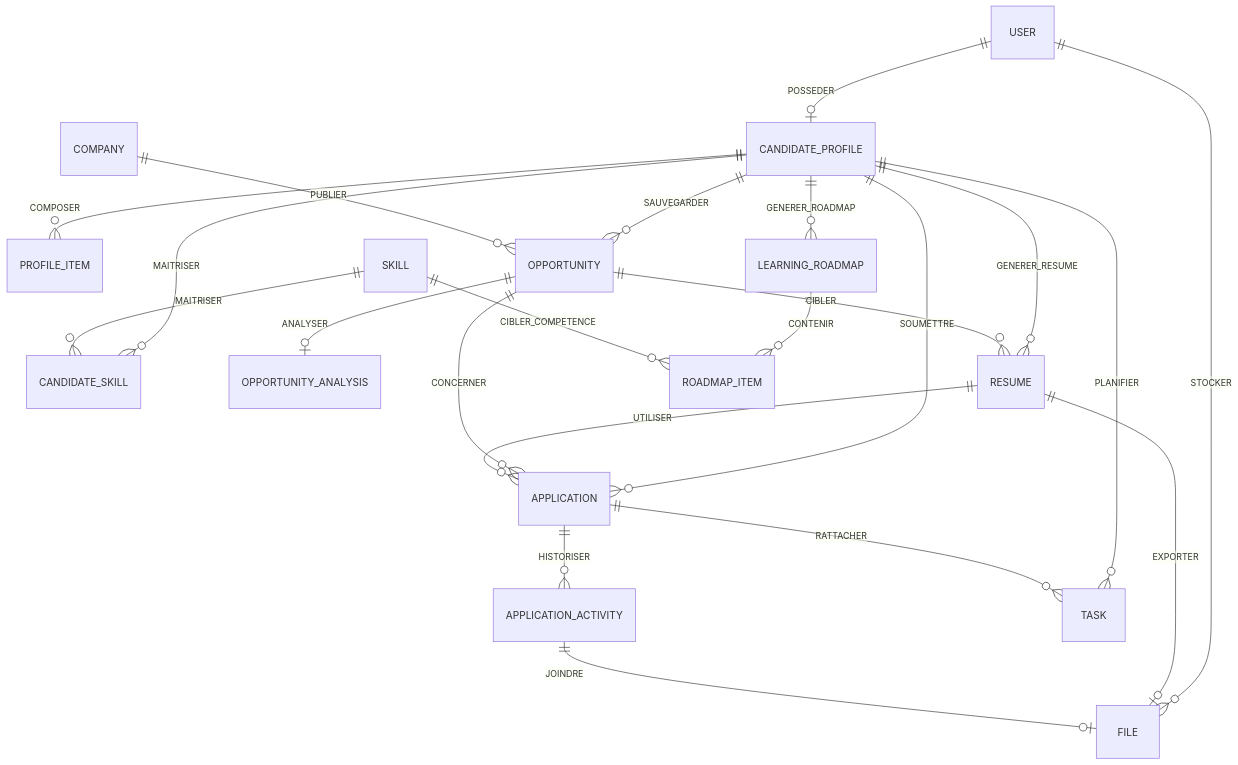
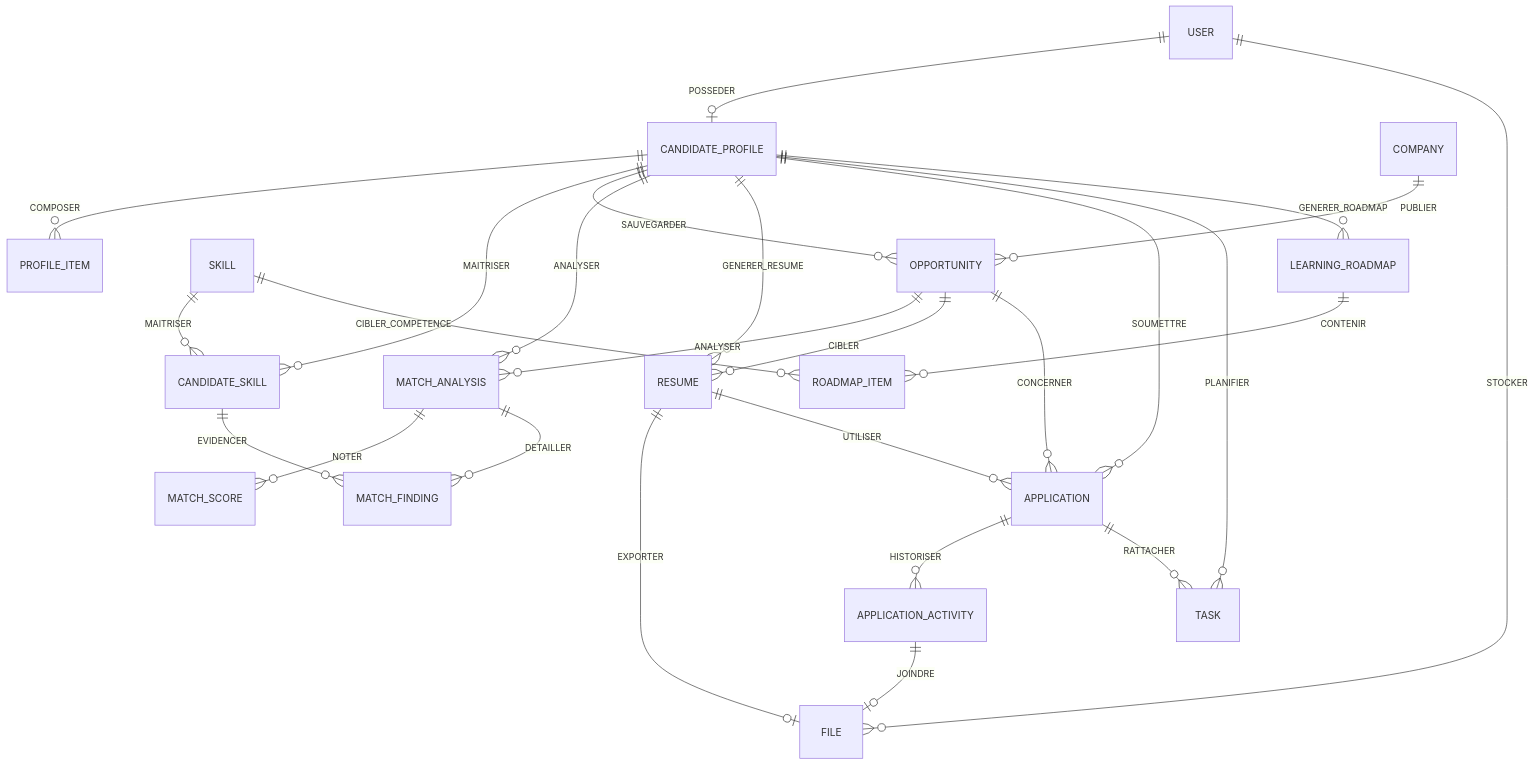
The diagram in docs/database/MCD.md (elmochilyas/CareerPilotAI), drawn with Mermaid before and after one commit. The commit also changed other lines of this file and 5 other files, not shown here.

Commit message:
docs: document match analysis API, configuration, and data model

````diff
--- a/docs/database/MCD.md
+++ b/docs/database/MCD.md
@@ -19,24 +19,28 @@
 ```mermaid
 erDiagram
     USER ||--o| CANDIDATE_PROFILE : POSSEDER
     CANDIDATE_PROFILE ||--o{ PROFILE_ITEM : COMPOSER
     CANDIDATE_PROFILE ||--o{ CANDIDATE_SKILL : MAITRISER
     SKILL ||--o{ CANDIDATE_SKILL : MAITRISER
     USER ||--o{ FILE : STOCKER
     CANDIDATE_PROFILE ||--o{ OPPORTUNITY : SAUVEGARDER
     COMPANY ||--o{ OPPORTUNITY : PUBLIER
-    OPPORTUNITY ||--o| OPPORTUNITY_ANALYSIS : ANALYSER
+    CANDIDATE_PROFILE ||--o{ MATCH_ANALYSIS : ANALYSER
+    OPPORTUNITY ||--o{ MATCH_ANALYSIS : ANALYSER
+    MATCH_ANALYSIS ||--o{ MATCH_SCORE : NOTER
+    MATCH_ANALYSIS ||--o{ MATCH_FINDING : DETAILLER
+    CANDIDATE_SKILL ||--o{ MATCH_FINDING : EVIDENCER
     CANDIDATE_PROFILE ||--o{ RESUME : GENERER_RESUME
     OPPORTUNITY ||--o{ RESUME : CIBLER
     RESUME ||--o| FILE : EXPORTER
     CANDIDATE_PROFILE ||--o{ APPLICATION : SOUMETTRE
     OPPORTUNITY ||--o{ APPLICATION : CONCERNER
     RESUME ||--o{ APPLICATION : UTILISER
     APPLICATION ||--o{ APPLICATION_ACTIVITY : HISTORISER
     APPLICATION_ACTIVITY ||--o| FILE : JOINDRE
     CANDIDATE_PROFILE ||--o{ TASK : PLANIFIER
     APPLICATION ||--o{ TASK : RATTACHER
     CANDIDATE_PROFILE ||--o{ LEARNING_ROADMAP : GENERER_ROADMAP
     LEARNING_ROADMAP ||--o{ ROADMAP_ITEM : CONTENIR
     SKILL ||--o{ ROADMAP_ITEM : CIBLER_COMPETENCE
 ```
````
